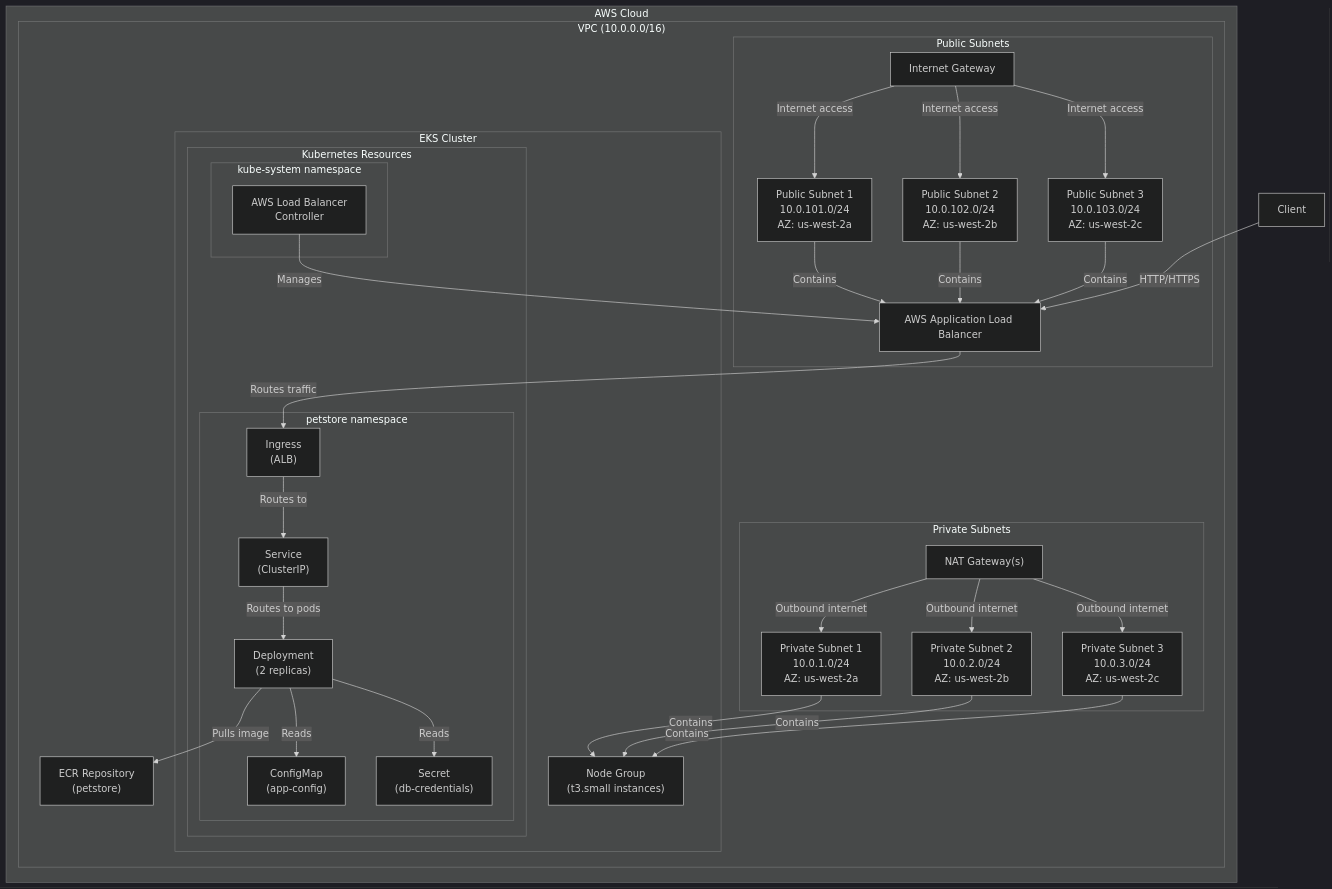
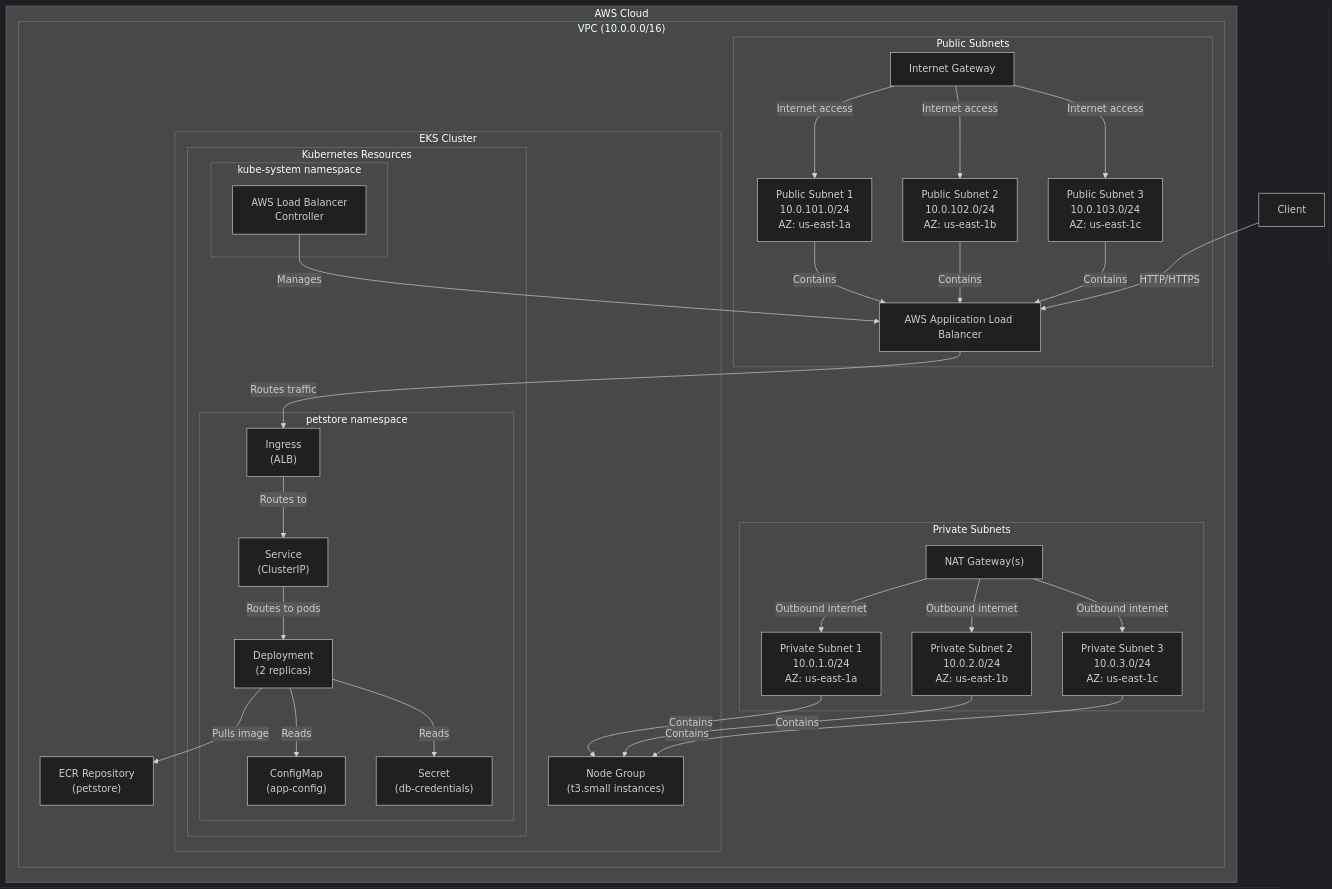
The first of 2 diagrams in workshop_modules/DEPLOYMENT_README.md (jief123/agent_workshop), drawn with Mermaid (dark theme) before and after one commit. The commit also changed other lines of this file and 3 other files, not shown here.

````diff
--- a/workshop_modules/DEPLOYMENT_README.md
+++ b/workshop_modules/DEPLOYMENT_README.md
@@ -33,56 +36,56 @@
 ```mermaid
 graph TD
     subgraph "AWS Cloud"
         subgraph "VPC (10.0.0.0/16)"
             subgraph "Public Subnets"
-                PS1["Public Subnet 1\n10.0.101.0/24\nAZ: us-west-2a"]
-                PS2["Public Subnet 2\n10.0.102.0/24\nAZ: us-west-2b"]
-                PS3["Public Subnet 3\n10.0.103.0/24\nAZ: us-west-2c"]
+                PS1["Public Subnet 1\n10.0.101.0/24\nAZ: us-east-1a"]
+                PS2["Public Subnet 2\n10.0.102.0/24\nAZ: us-east-1b"]
+                PS3["Public Subnet 3\n10.0.103.0/24\nAZ: us-east-1c"]
                 IGW["Internet Gateway"]
                 ALB["AWS Application Load Balancer"]
             end
             
             subgraph "Private Subnets"
-                PRS1["Private Subnet 1\n10.0.1.0/24\nAZ: us-west-2a"]
-                PRS2["Private Subnet 2\n10.0.2.0/24\nAZ: us-west-2b"]
-                PRS3["Private Subnet 3\n10.0.3.0/24\nAZ: us-west-2c"]
+                PRS1["Private Subnet 1\n10.0.1.0/24\nAZ: us-east-1a"]
+                PRS2["Private Subnet 2\n10.0.2.0/24\nAZ: us-east-1b"]
+                PRS3["Private Subnet 3\n10.0.3.0/24\nAZ: us-east-1c"]
                 NAT["NAT Gateway(s)"]
             end
             
             subgraph "EKS Cluster"
                 NG["Node Group\n(t3.small instances)"]
                 
                 subgraph "Kubernetes Resources"
                     subgraph "petstore namespace"
                         DEPLOY["Deployment\n(2 replicas)"]
                         SVC["Service\n(ClusterIP)"]
                         ING["Ingress\n(ALB)"]
                         CM["ConfigMap\n(app-config)"]
                         SEC["Secret\n(db-credentials)"]
                     end
                     
                     subgraph "kube-system namespace"
                         ALBCTRL["AWS Load Balancer\nController"]
                     end
                 end
             end
             
             ECR["ECR Repository\n(petstore)"]
         end
     end
     
     CLIENT["Client"]
     
     CLIENT -->|HTTP/HTTPS| ALB
     ALB -->|Routes traffic| ING
     ING -->|Routes to| SVC
     SVC -->|Routes to pods| DEPLOY
     DEPLOY -->|Pulls image| ECR
     DEPLOY -->|Reads| CM
     DEPLOY -->|Reads| SEC
     ALBCTRL -->|Manages| ALB
     IGW -->|Internet access| PS1 & PS2 & PS3
     NAT -->|Outbound internet| PRS1 & PRS2 & PRS3
     PS1 & PS2 & PS3 -->|Contains| ALB
     PRS1 & PRS2 & PRS3 -->|Contains| NG
 ```
````
